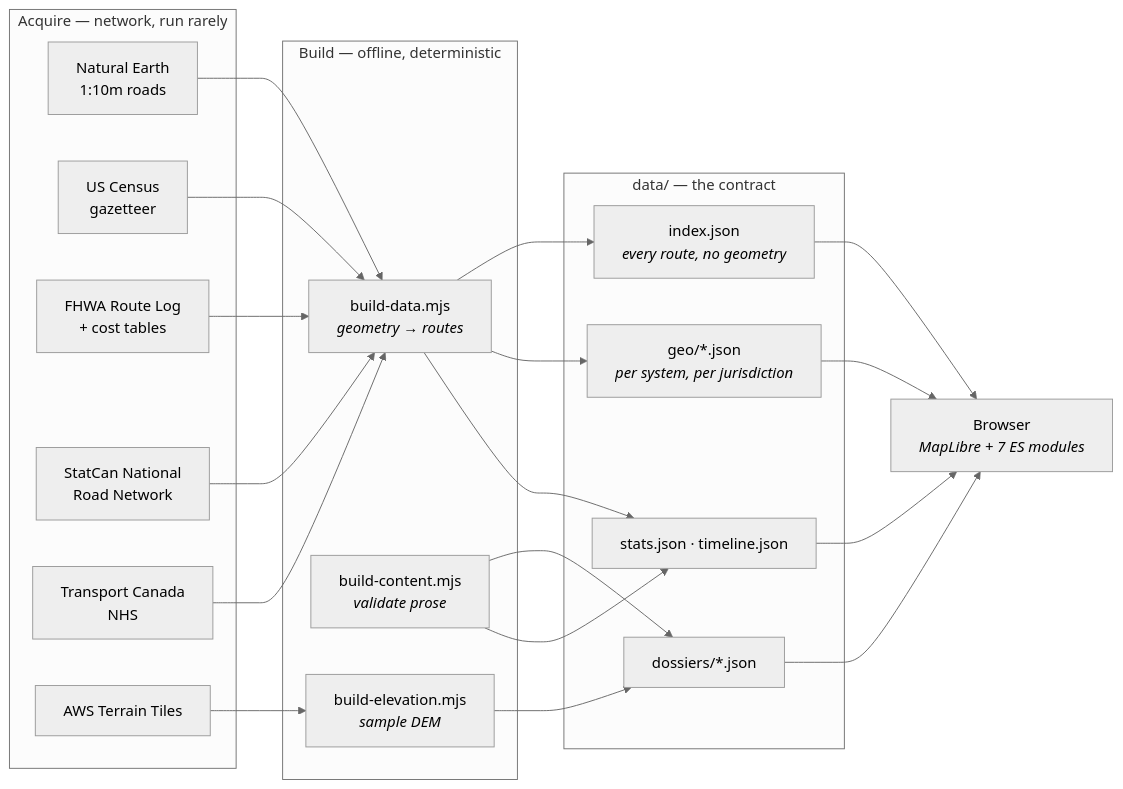
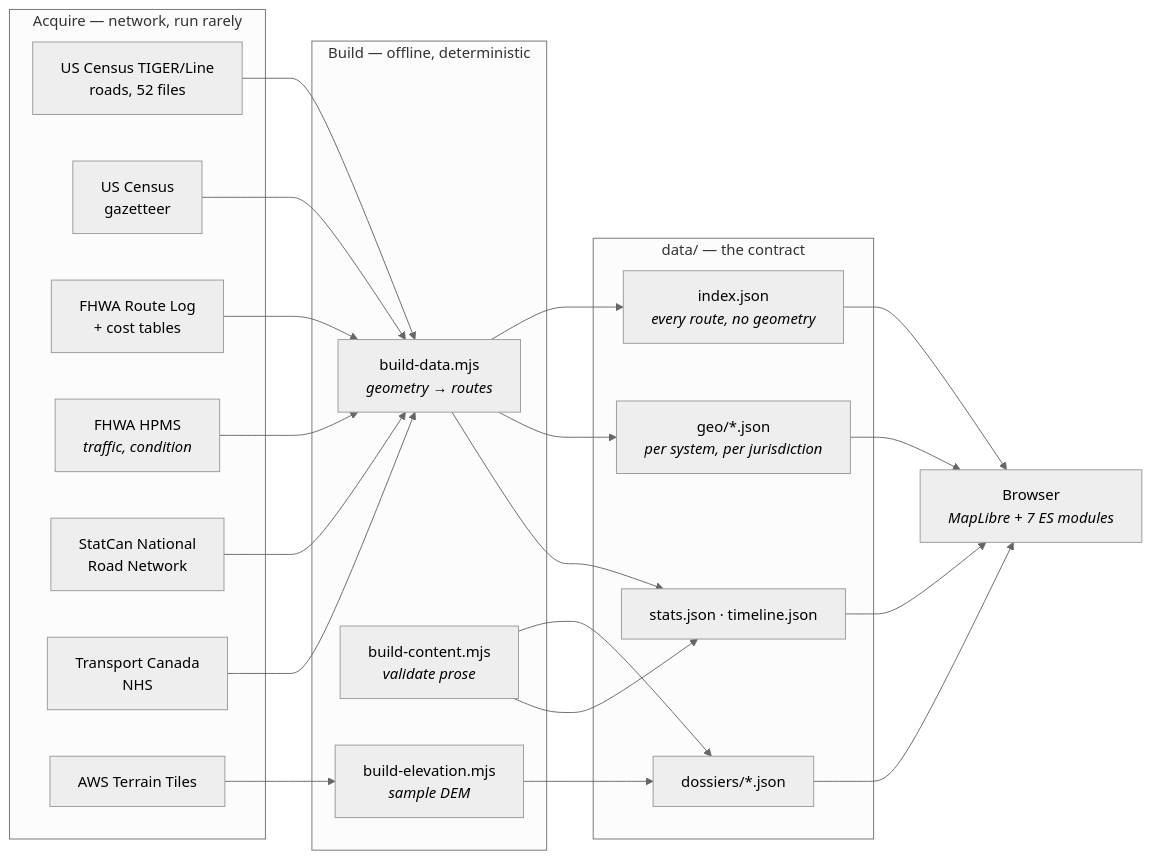
One commit to AndyUneducated/interstate-atlas changed the first of 3 diagrams in docs/ARCHITECTURE.md. Above: the diagram before and after it, drawn with Mermaid (neutral theme). The commit also changed other lines of this file and 8 other files, not shown here.

````diff
--- a/docs/ARCHITECTURE.md
+++ b/docs/ARCHITECTURE.md
@@ -18,43 +18,45 @@
 ```mermaid
 flowchart LR
   subgraph acquire["Acquire — network, run rarely"]
-    NE["Natural Earth<br/>1:10m roads"]
+    TIGER["US Census TIGER/Line<br/>roads, 52 files"]
     GAZ["US Census<br/>gazetteer"]
     FHWA["FHWA Route Log<br/>+ cost tables"]
+    HPMS["FHWA HPMS<br/><i>traffic, condition</i>"]
     NRN["StatCan National<br/>Road Network"]
     TC["Transport Canada<br/>NHS"]
     DEM["AWS Terrain Tiles"]
   end
 
   subgraph build["Build — offline, deterministic"]
     BD["build-data.mjs<br/><i>geometry → routes</i>"]
     BC["build-content.mjs<br/><i>validate prose</i>"]
     BE["build-elevation.mjs<br/><i>sample DEM</i>"]
   end
 
   subgraph out["data/ — the contract"]
     IDX["index.json<br/><i>every route, no geometry</i>"]
     GEO["geo/*.json<br/><i>per system, per jurisdiction</i>"]
     DOS["dossiers/*.json"]
     ST["stats.json · timeline.json"]
   end
 
   CLIENT["Browser<br/><i>MapLibre + 7 ES modules</i>"]
 
-  NE --> BD
+  TIGER --> BD
   GAZ --> BD
   FHWA --> BD
+  HPMS --> BD
   NRN --> BD
   TC --> BD
   DEM --> BE
   BD --> IDX
   BD --> GEO
   BD --> ST
   BC --> DOS
   BC --> ST
   BE --> DOS
   IDX --> CLIENT
   GEO --> CLIENT
   DOS --> CLIENT
   ST --> CLIENT
 ```
````
